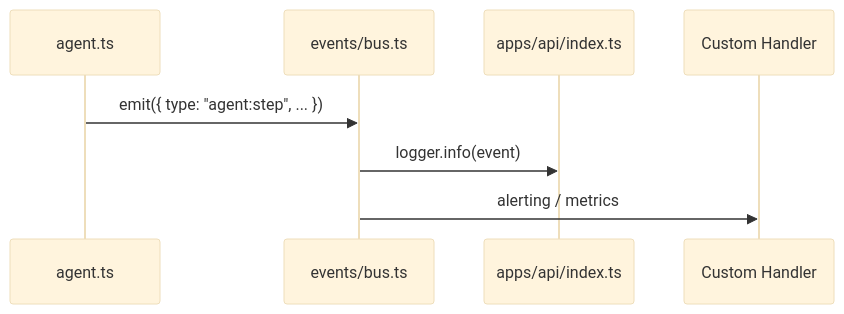
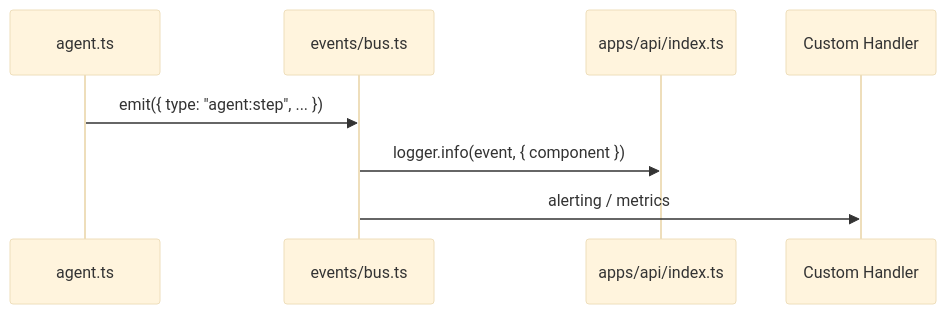
The first of 2 diagrams in docs/packages/events.md (Guebbit/manna), drawn with Mermaid (base theme) before and after one commit. The commit also changed other lines of this file and 31 other files, not shown here.

First line of the commit message:
refactor logging to inline component metadata and remove getLogger

````diff
--- a/docs/packages/events.md
+++ b/docs/packages/events.md
@@ -17,11 +17,11 @@
 ```mermaid
 sequenceDiagram
     participant Agent as agent.ts
     participant Bus as events/bus.ts
     participant API as apps/api/index.ts
     participant Custom as Custom Handler
 
     Agent->>Bus: emit({ type: "agent:step", ... })
-    Bus->>API: logger.info(event)
+    Bus->>API: logger.info(event, { component })
     Bus->>Custom: alerting / metrics
 ```
````
